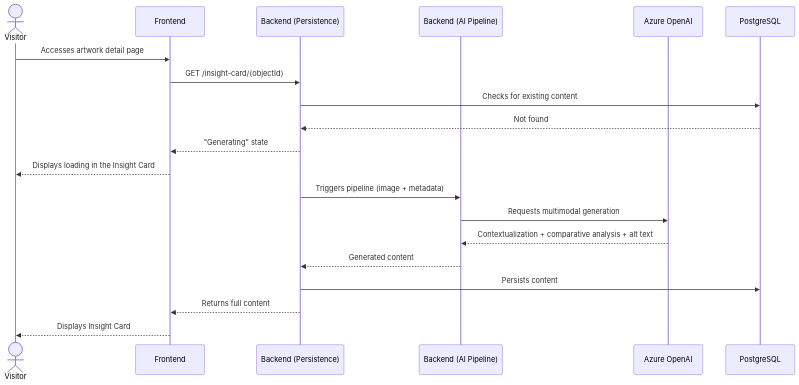
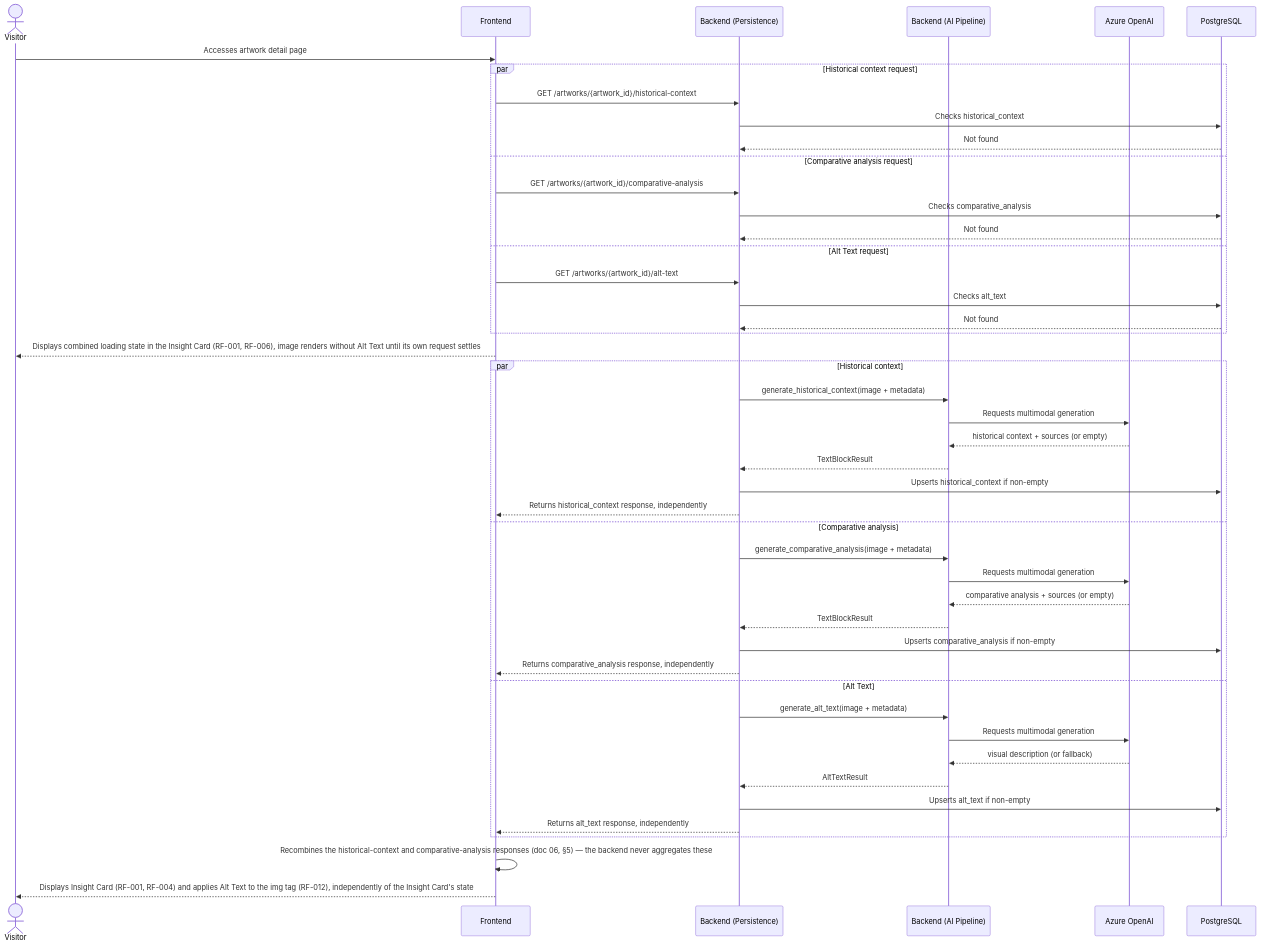
The third of 7 diagrams in documentation/specs/04-architecture.md (Jeferson-Filho/Art-Archive-Front-AI), drawn with Mermaid before and after one commit. The commit also changed other lines of this file and 10 other files, not shown here.

````diff
--- a/documentation/specs/04-architecture.md
+++ b/documentation/specs/04-architecture.md
@@ -137,23 +143,49 @@
 ```mermaid
 sequenceDiagram
     actor V as Visitor
     participant FE as Frontend
     participant BE as Backend (Persistence)
     participant AI as Backend (AI Pipeline)
     participant LLM as Azure OpenAI
     participant DB as PostgreSQL
 
     V->>FE: Accesses artwork detail page
-    FE->>BE: GET /insight-card/{objectId}
-    BE->>DB: Checks for existing content
-    DB-->>BE: Not found
-    BE-->>FE: "Generating" state
-    FE-->>V: Displays loading in the Insight Card
-    BE->>AI: Triggers pipeline (image + metadata)
-    AI->>LLM: Requests multimodal generation
-    LLM-->>AI: Contextualization + comparative analysis + alt text
-    AI-->>BE: Generated content
-    BE->>DB: Persists content
-    BE-->>FE: Returns full content
-    FE-->>V: Displays Insight Card
+    par Historical context request
+        FE->>BE: GET /artworks/{artwork_id}/historical-context
+        BE->>DB: Checks historical_context
+        DB-->>BE: Not found
+    and Comparative analysis request
+        FE->>BE: GET /artworks/{artwork_id}/comparative-analysis
+        BE->>DB: Checks comparative_analysis
+        DB-->>BE: Not found
+    and Alt Text request
+        FE->>BE: GET /artworks/{artwork_id}/alt-text
+        BE->>DB: Checks alt_text
+        DB-->>BE: Not found
+    end
+    FE-->>V: Displays combined loading state in the Insight Card (RF-001, RF-006), image renders without Alt Text until its own request settles
+    par Historical context
+        BE->>AI: generate_historical_context(image + metadata)
+        AI->>LLM: Requests multimodal generation
+        LLM-->>AI: historical context + sources (or empty)
+        AI-->>BE: TextBlockResult
+        BE->>DB: Upserts historical_context if non-empty
+        BE-->>FE: Returns historical_context response, independently
+    and Comparative analysis
+        BE->>AI: generate_comparative_analysis(image + metadata)
+        AI->>LLM: Requests multimodal generation
+        LLM-->>AI: comparative analysis + sources (or empty)
+        AI-->>BE: TextBlockResult
+        BE->>DB: Upserts comparative_analysis if non-empty
+        BE-->>FE: Returns comparative_analysis response, independently
+    and Alt Text
+        BE->>AI: generate_alt_text(image + metadata)
+        AI->>LLM: Requests multimodal generation
+        LLM-->>AI: visual description (or fallback)
+        AI-->>BE: AltTextResult
+        BE->>DB: Upserts alt_text if non-empty
+        BE-->>FE: Returns alt_text response, independently
+    end
+    FE->>FE: Recombines the historical-context and comparative-analysis responses (doc 06, §5) — the backend never aggregates these
+    FE-->>V: Displays Insight Card (RF-001, RF-004) and applies Alt Text to the img tag (RF-012), independently of the Insight Card's state
 ```
````
